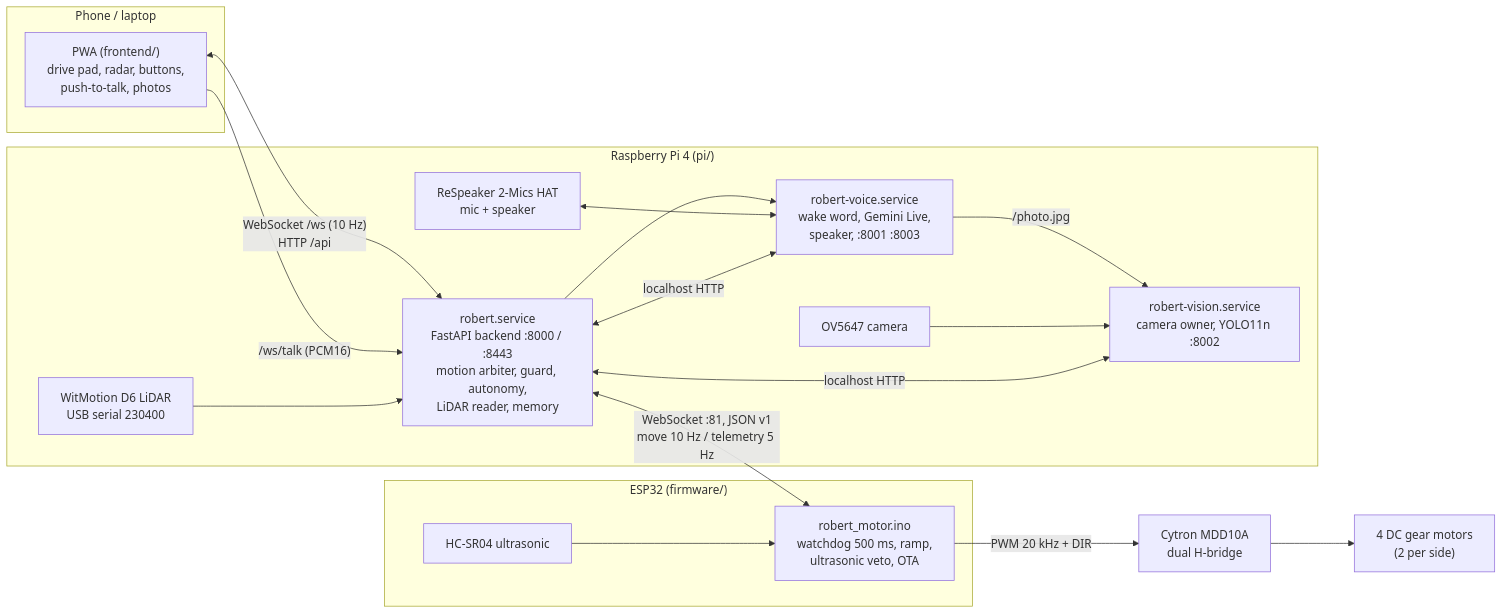
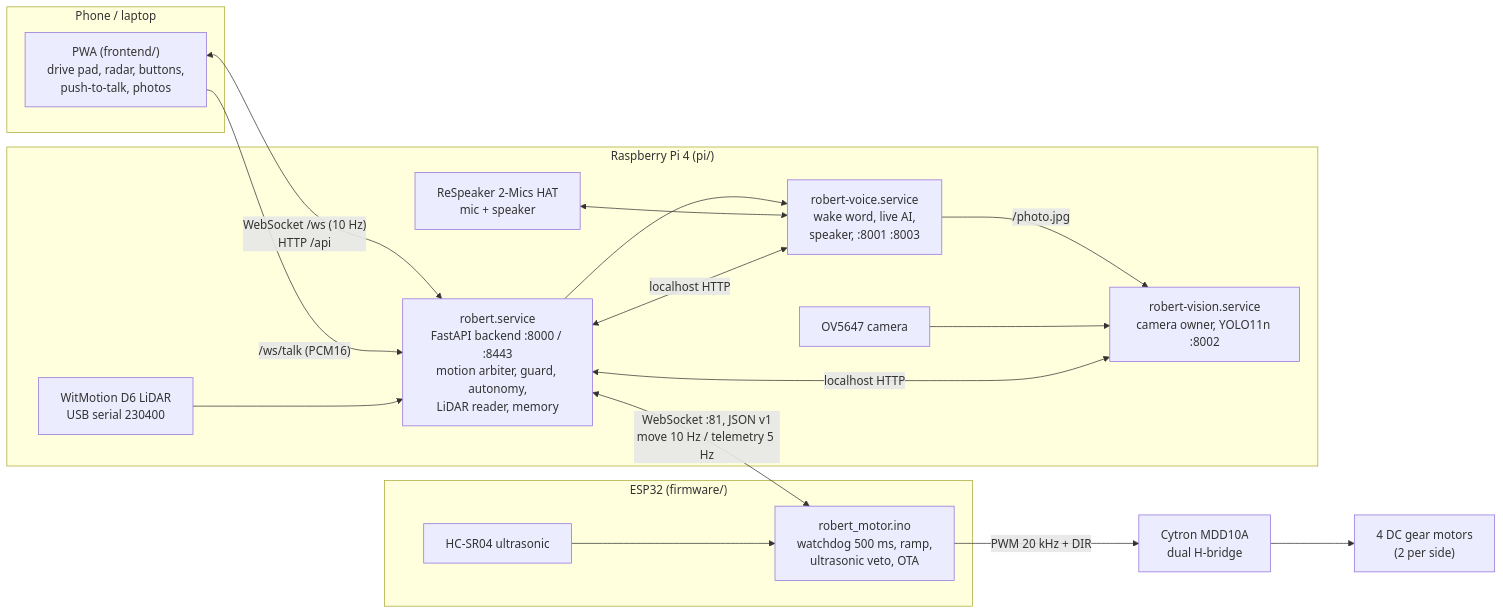
Before and after one commit to FranciscooGarciaa/Robert-v2: the first of 3 diagrams in README.md, drawn with Mermaid. The commit also changed other lines of this file and 24 other files, not shown here.

First line of the commit message:
Ready to clone: pick the voice's AI (Gemini or OpenAI) and keep personal values out of git

````diff
--- a/README.md
+++ b/README.md
@@ -83,34 +83,34 @@
 ```mermaid
 flowchart LR
     subgraph Phone["Phone / laptop"]
         PWA["PWA (frontend/)<br/>drive pad, radar, buttons,<br/>push-to-talk, photos"]
     end
 
     subgraph Pi["Raspberry Pi 4 (pi/)"]
         B["robert.service<br/>FastAPI backend :8000 / :8443<br/>motion arbiter, guard, autonomy,<br/>LiDAR reader, memory"]
-        V["robert-voice.service<br/>wake word, Gemini Live,<br/>speaker, :8001 :8003"]
+        V["robert-voice.service<br/>wake word, live AI,<br/>speaker, :8001 :8003"]
         C["robert-vision.service<br/>camera owner, YOLO11n :8002"]
         L["WitMotion D6 LiDAR<br/>USB serial 230400"]
         M["ReSpeaker 2-Mics HAT<br/>mic + speaker"]
         K["OV5647 camera"]
     end
 
     subgraph ESP["ESP32 (firmware/)"]
         F["robert_motor.ino<br/>watchdog 500 ms, ramp,<br/>ultrasonic veto, OTA"]
         U["HC-SR04 ultrasonic"]
     end
 
     D["Cytron MDD10A<br/>dual H-bridge"] --> W["4 DC gear motors<br/>(2 per side)"]
 
     PWA <-- "WebSocket /ws (10 Hz)<br/>HTTP /api" --> B
     PWA -- "/ws/talk (PCM16)" --> B --> V
     V <-- "localhost HTTP" --> B
     C <-- "localhost HTTP" --> B
     V -- "/photo.jpg" --> C
     L --> B
     K --> C
     M <--> V
     B <-- "WebSocket :81, JSON v1<br/>move 10 Hz / telemetry 5 Hz" --> F
     U --> F
     F -- "PWM 20 kHz + DIR" --> D
 ```
````
